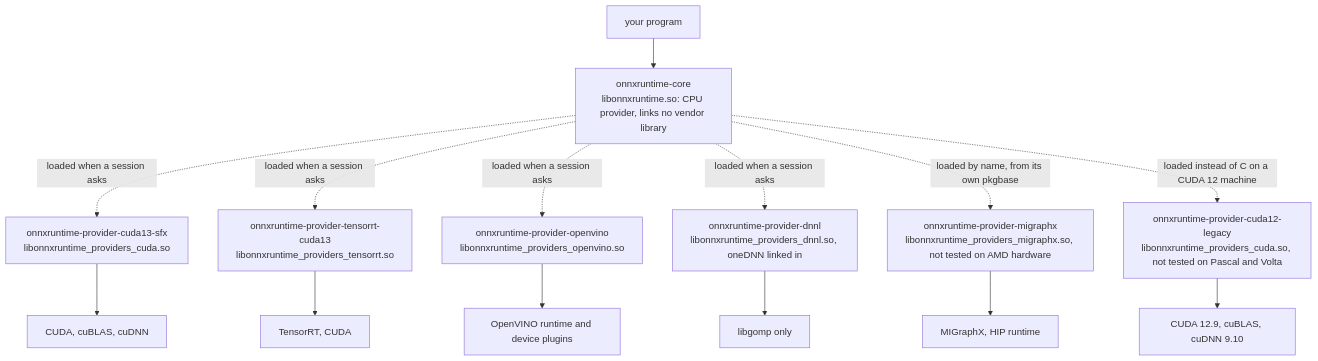
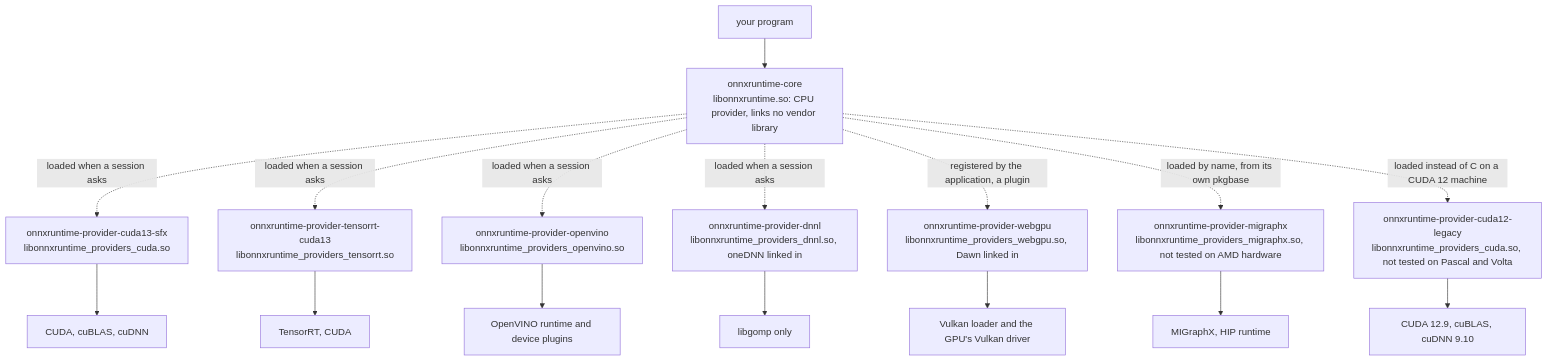
The diagram in docs/engines.md (rsd/omarchy-onnxruntime), drawn with Mermaid before and after one commit. The commit also changed other lines of this file and 16 other files, not shown here.

First line of the commit message:
Document the WebGPU execution provider

````diff
--- a/docs/engines.md
+++ b/docs/engines.md
@@ -5,16 +5,18 @@
 ```mermaid
 flowchart TD
     A[your program] --> B[onnxruntime-core<br/>libonnxruntime.so: CPU provider, links no vendor library]
     B -. loaded when a session asks .-> C[onnxruntime-provider-cuda13-sfx<br/>libonnxruntime_providers_cuda.so]
     B -. loaded when a session asks .-> D[onnxruntime-provider-tensorrt-cuda13<br/>libonnxruntime_providers_tensorrt.so]
     B -. loaded when a session asks .-> E[onnxruntime-provider-openvino<br/>libonnxruntime_providers_openvino.so]
     B -. loaded when a session asks .-> M[onnxruntime-provider-dnnl<br/>libonnxruntime_providers_dnnl.so, oneDNN linked in]
+    B -. registered by the application, a plugin .-> W[onnxruntime-provider-webgpu<br/>libonnxruntime_providers_webgpu.so, Dawn linked in]
     B -. loaded by name, from its own pkgbase .-> I[onnxruntime-provider-migraphx<br/>libonnxruntime_providers_migraphx.so, not tested on AMD hardware]
     B -. loaded instead of C on a CUDA 12 machine .-> K[onnxruntime-provider-cuda12-legacy<br/>libonnxruntime_providers_cuda.so, not tested on Pascal and Volta]
     C --> F[CUDA, cuBLAS, cuDNN]
     D --> G[TensorRT, CUDA]
     E --> H[OpenVINO runtime and device plugins]
     M --> N[libgomp only]
+    W --> V[Vulkan loader and the GPU's Vulkan driver]
     I --> J[MIGraphX, HIP runtime]
     K --> L[CUDA 12.9, cuBLAS, cuDNN 9.10]
 ```
````
